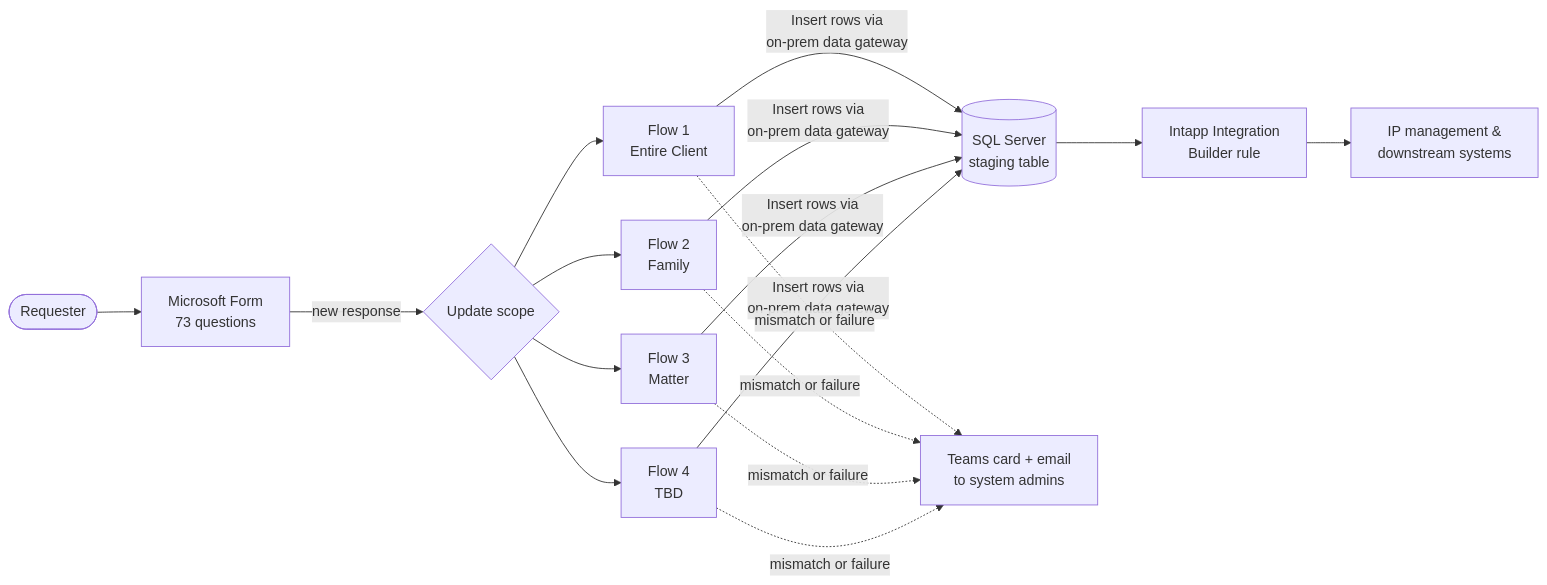
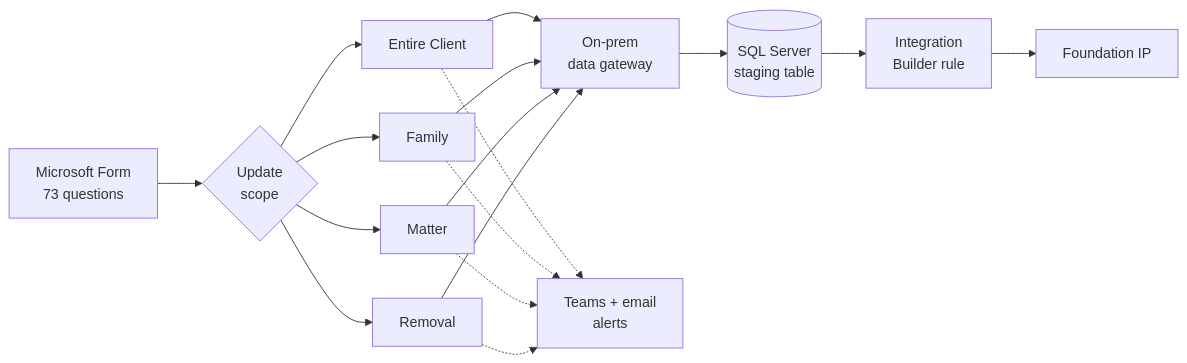
Before and after one commit to AI-Jess/Career-Portfolio: the first of 2 diagrams in content/case-studies/ip-staffing-updates.md, drawn with Mermaid. The commit also changed other lines of this file and 29 other files, not shown here.

````diff
--- a/content/case-studies/ip-staffing-updates.md
+++ b/content/case-studies/ip-staffing-updates.md
@@ -42,13 +52,13 @@
 ```mermaid
 flowchart LR
-    U([Requester]) --> F[Microsoft Form<br/>73 questions]
-    F -->|new response| R{Update scope}
-    R --> P1[Flow 1<br/>Entire Client]
-    R --> P2[Flow 2<br/>Family]
-    R --> P3[Flow 3<br/>Matter]
-    R --> P4[Flow 4<br/>TBD]
-    P1 & P2 & P3 & P4 -->|Insert rows via<br/>on-prem data gateway| DB[(SQL Server<br/>staging table)]
-    DB --> IB[Intapp Integration<br/>Builder rule]
-    IB --> SYS[IP management &<br/>downstream systems]
-    P1 & P2 & P3 & P4 -.->|mismatch or failure| A[Teams card + email<br/>to system admins]
+    F[Microsoft Form<br/>73 questions] --> R{Update<br/>scope}
+    R --> P1[Entire Client]
+    R --> P2[Family]
+    R --> P3[Matter]
+    R --> P4[Removal]
+    P1 & P2 & P3 & P4 --> GW[On-prem<br/>data gateway]
+    GW --> DB[(SQL Server<br/>staging table)]
+    DB --> IB[Integration<br/>Builder rule]
+    IB --> SYS[Foundation IP]
+    P1 & P2 & P3 & P4 -.-> A[Teams + email<br/>alerts]
 ```
````
